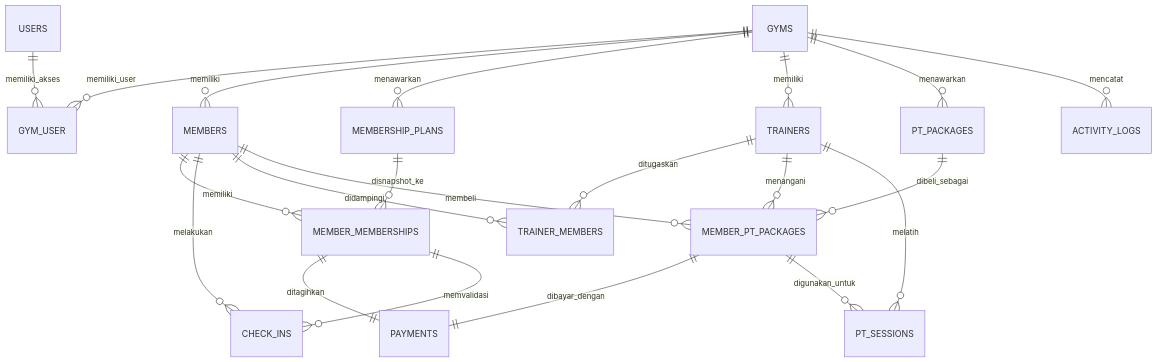
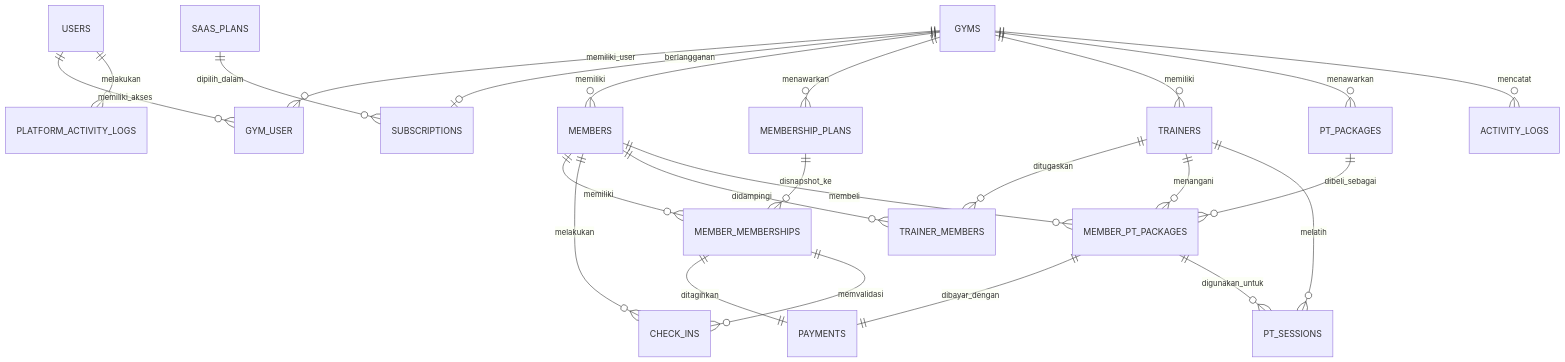
Before and after one commit to vickyalvandob/gym-manager: the fifth of 5 diagrams in README.md, drawn with Mermaid. The commit also changed other lines of this file and 79 other files, not shown here.

````diff
--- a/README.md
+++ b/README.md
@@ -213,23 +249,26 @@
 ```mermaid
 erDiagram
     USERS ||--o{ GYM_USER : memiliki_akses
     GYMS ||--o{ GYM_USER : memiliki_user
+    SAAS_PLANS ||--o{ SUBSCRIPTIONS : dipilih_dalam
+    GYMS ||--o| SUBSCRIPTIONS : berlangganan
+    USERS ||--o{ PLATFORM_ACTIVITY_LOGS : melakukan
     GYMS ||--o{ MEMBERS : memiliki
     GYMS ||--o{ MEMBERSHIP_PLANS : menawarkan
     MEMBERS ||--o{ MEMBER_MEMBERSHIPS : memiliki
     MEMBERSHIP_PLANS ||--o{ MEMBER_MEMBERSHIPS : disnapshot_ke
     MEMBER_MEMBERSHIPS ||--|| PAYMENTS : ditagihkan
     MEMBERS ||--o{ CHECK_INS : melakukan
     MEMBER_MEMBERSHIPS ||--o{ CHECK_INS : memvalidasi
     GYMS ||--o{ TRAINERS : memiliki
     TRAINERS ||--o{ TRAINER_MEMBERS : ditugaskan
     MEMBERS ||--o{ TRAINER_MEMBERS : didampingi
     GYMS ||--o{ PT_PACKAGES : menawarkan
     PT_PACKAGES ||--o{ MEMBER_PT_PACKAGES : dibeli_sebagai
     MEMBERS ||--o{ MEMBER_PT_PACKAGES : membeli
     TRAINERS ||--o{ MEMBER_PT_PACKAGES : menangani
     MEMBER_PT_PACKAGES ||--|| PAYMENTS : dibayar_dengan
     MEMBER_PT_PACKAGES ||--o{ PT_SESSIONS : digunakan_untuk
     TRAINERS ||--o{ PT_SESSIONS : melatih
     GYMS ||--o{ ACTIVITY_LOGS : mencatat
 ```
````
